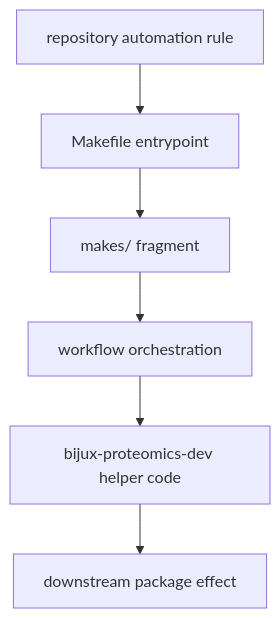
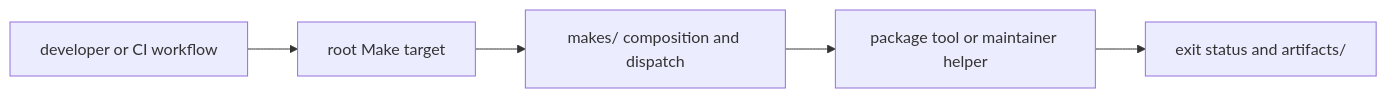
Before and after one commit to bijux/bijux-proteomics: the diagram in docs/01-bijux-proteomics/operations/automation-surfaces.md, drawn with Mermaid. The commit also changed other lines of this file and 2 other files, not shown here.

Commit message:
docs(review): define repository change evidence

````diff
--- a/docs/01-bijux-proteomics/operations/automation-surfaces.md
+++ b/docs/01-bijux-proteomics/operations/automation-surfaces.md
@@ -18,15 +17,9 @@
 ```mermaid
-flowchart TB
-    rule["repository automation rule"]
-    makefile["Makefile entrypoint"]
-    makes["makes/ fragment"]
-    workflow["workflow orchestration"]
-    helper["bijux-proteomics-dev helper code"]
-    effect["downstream package effect"]
-
-    rule --> makefile
-    makefile --> makes
-    makes --> workflow
-    workflow --> helper
-    helper --> effect
+flowchart LR
+    caller["developer or CI workflow"]
+    root["root Make target"]
+    fragments["makes/ composition and dispatch"]
+    implementation["package tool or maintainer helper"]
+    evidence["exit status and artifacts/"]
+    caller --> root --> fragments --> implementation --> evidence
 ```
````
